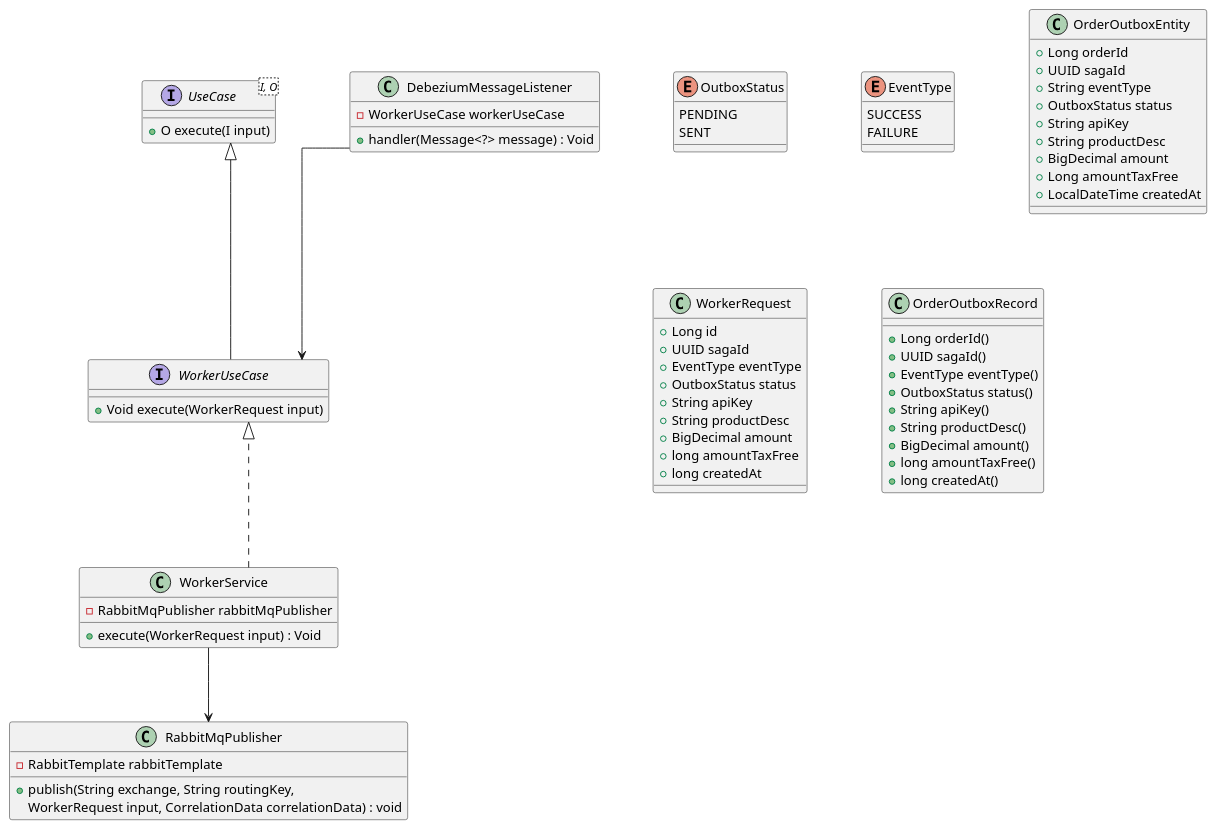
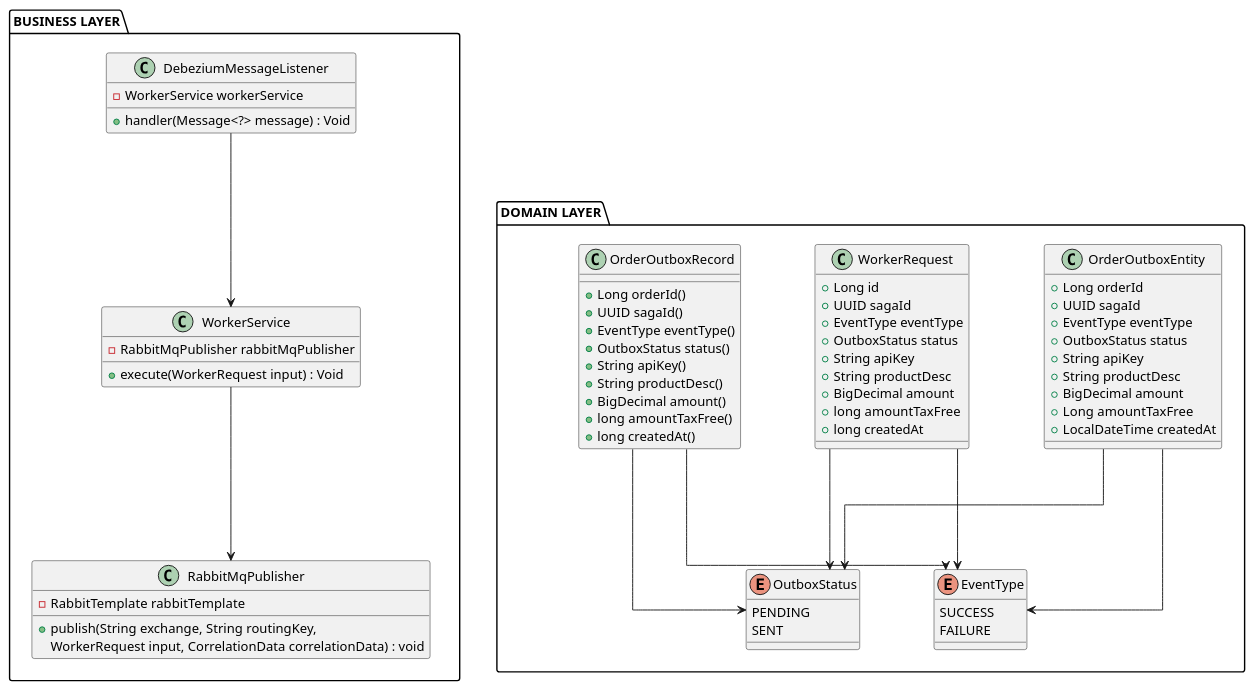
The diagram in order-outbox-worker/OrderOutboxWorkerClassDiagram.puml (Paycore-Team/Paycore), drawn with PlantUML before and after one commit. The commit also changed 5 other files, not shown here.

Commit message:
[REFACTOR] 메시지 발행 모듈 클래스, 시퀀스 다이어그램 수정

```diff
--- a/order-outbox-worker/OrderOutboxWorkerClassDiagram.puml
+++ b/order-outbox-worker/OrderOutboxWorkerClassDiagram.puml
@@ -1,105 +1,87 @@
 @startuml
 skinparam linetype ortho
-skinparam ranksep 80
+skinparam ranksep 120
 skinparam nodesep 80
 
-' ===========================
-' DOMAIN LAYER
-' ===========================
+package "BUSINESS LAYER" as BL {
 
-enum OutboxStatus {
-    PENDING
-    SENT
+  class DebeziumMessageListener {
+      +handler(Message<?> message) : Void
+      -WorkerService workerService
+  }
+
+  class WorkerService {
+      +execute(WorkerRequest input) : Void
+      -RabbitMqPublisher rabbitMqPublisher
+  }
+
+  class RabbitMqPublisher {
+      +publish(String exchange, String routingKey,
+               WorkerRequest input, CorrelationData correlationData) : void
+      -RabbitTemplate rabbitTemplate
+  }
+
+  DebeziumMessageListener --> WorkerService
+  WorkerService --> RabbitMqPublisher
 }
 
-enum EventType {
-    SUCCESS
-    FAILURE
+package "DOMAIN LAYER" as DL {
+
+  enum OutboxStatus {
+      PENDING
+      SENT
+  }
+
+  enum EventType {
+      SUCCESS
+      FAILURE
+  }
+
+  class OrderOutboxEntity {
+      +Long orderId
+      +UUID sagaId
+      +EventType eventType
+      +OutboxStatus status
+      +String apiKey
+      +String productDesc
+      +BigDecimal amount
+      +Long amountTaxFree
+      +LocalDateTime createdAt
+  }
+
+  class WorkerRequest {
+      +Long id
+      +UUID sagaId
+      +EventType eventType
+      +OutboxStatus status
+      +String apiKey
+      +String productDesc
+      +BigDecimal amount
+      +long amountTaxFree
+      +long createdAt
+  }
+
+  class OrderOutboxRecord {
+      +Long orderId()
+      +UUID sagaId()
+      +EventType eventType()
+      +OutboxStatus status()
+      +String apiKey()
+      +String productDesc()
+      +BigDecimal amount()
+      +long amountTaxFree()
+      +long createdAt()
+  }
+
+  WorkerRequest -down-> EventType
+  OrderOutboxRecord -down-> EventType
+  OrderOutboxEntity -down-> EventType
+
+  WorkerRequest -down-> OutboxStatus
+  OrderOutboxRecord -down-> OutboxStatus
+  OrderOutboxEntity-down-> OutboxStatus
 }
 
-class OrderOutboxEntity {
-    +Long orderId
-    +UUID sagaId
-    +String eventType
-    +OutboxStatus status
-    +String apiKey
-    +String productDesc
-    +BigDecimal amount
-    +Long amountTaxFree
-    +LocalDateTime createdAt
-}
-
-' ===========================
-' BUSINESS LAYER
-' ===========================
-
-UseCase -[hidden]d-> WorkerUseCase
-WorkerUseCase -[hidden]d-> WorkerService
-
-' --- Common UseCase ---
-interface UseCase<I, O> {
-    +O execute(I input)
-}
-
-' --- DTO / Request / Record ---
-class WorkerRequest {
-    +Long id
-    +UUID sagaId
-    +EventType eventType
-    +OutboxStatus status
-    +String apiKey
-    +String productDesc
-    +BigDecimal amount
-    +long amountTaxFree
-    +long createdAt
-}
-
-class OrderOutboxRecord {
-    +Long orderId()
-    +UUID sagaId()
-    +EventType eventType()
-    +OutboxStatus status()
-    +String apiKey()
-    +String productDesc()
-    +BigDecimal amount()
-    +long amountTaxFree()
-    +long createdAt()
-}
-
-' --- UseCase Interface ---
-interface WorkerUseCase {
-    +Void execute(WorkerRequest input)
-}
-
-WorkerUseCase -u-|> UseCase
-
-' --- Listener ---
-class DebeziumMessageListener {
-    +handler(Message<?> message) : Void
-    -WorkerUseCase workerUseCase
-}
-
-' --- Service ---
-class WorkerService {
-    +execute(WorkerRequest input) : Void
-    -RabbitMqPublisher rabbitMqPublisher
-}
-
-WorkerService ..|> WorkerUseCase
-
-' --- Messaging Publisher ---
-class RabbitMqPublisher {
-    +publish(String exchange, String routingKey,
-             WorkerRequest input, CorrelationData correlationData) : void
-    -RabbitTemplate rabbitTemplate
-}
-
-' ===========================
-' BUSINESS LAYER RELATIONSHIPS ONLY
-' (도메인 레이어와의 연결은 표기하지 않음)
-' ===========================
-
-DebeziumMessageListener --> WorkerUseCase
-WorkerService --> RabbitMqPublisher
+BL -[hidden]down-> DL
 
 @enduml
```
